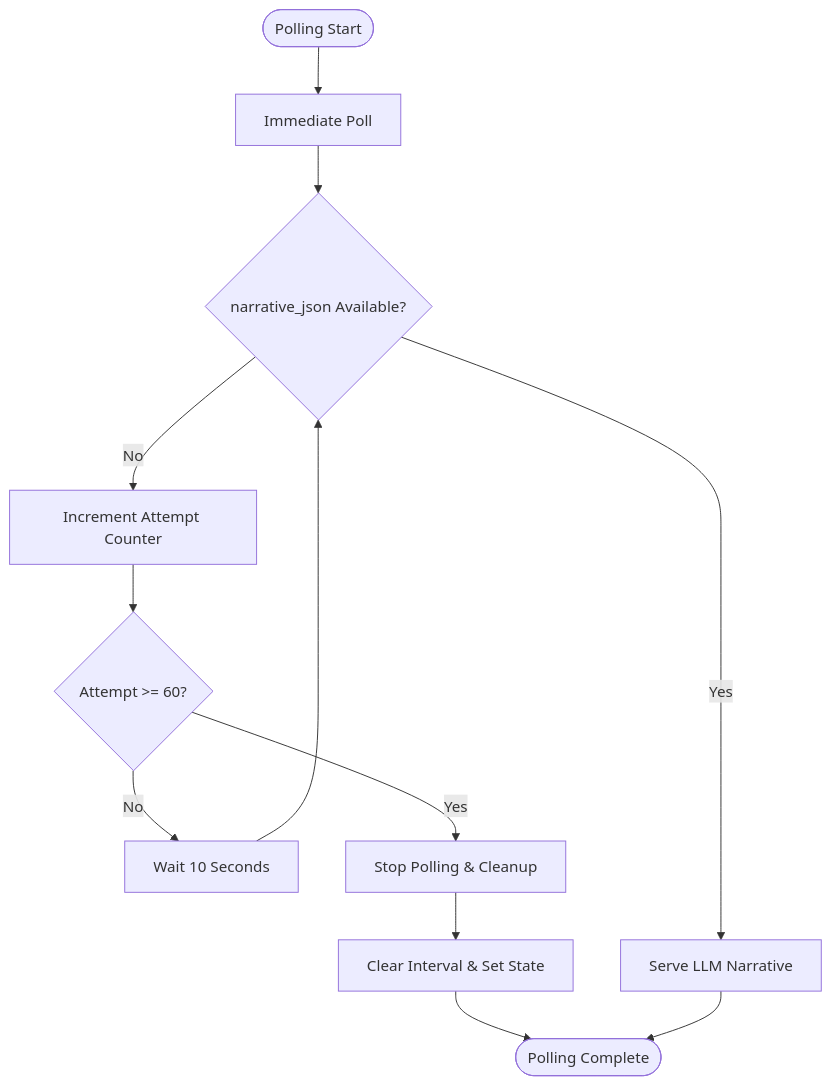
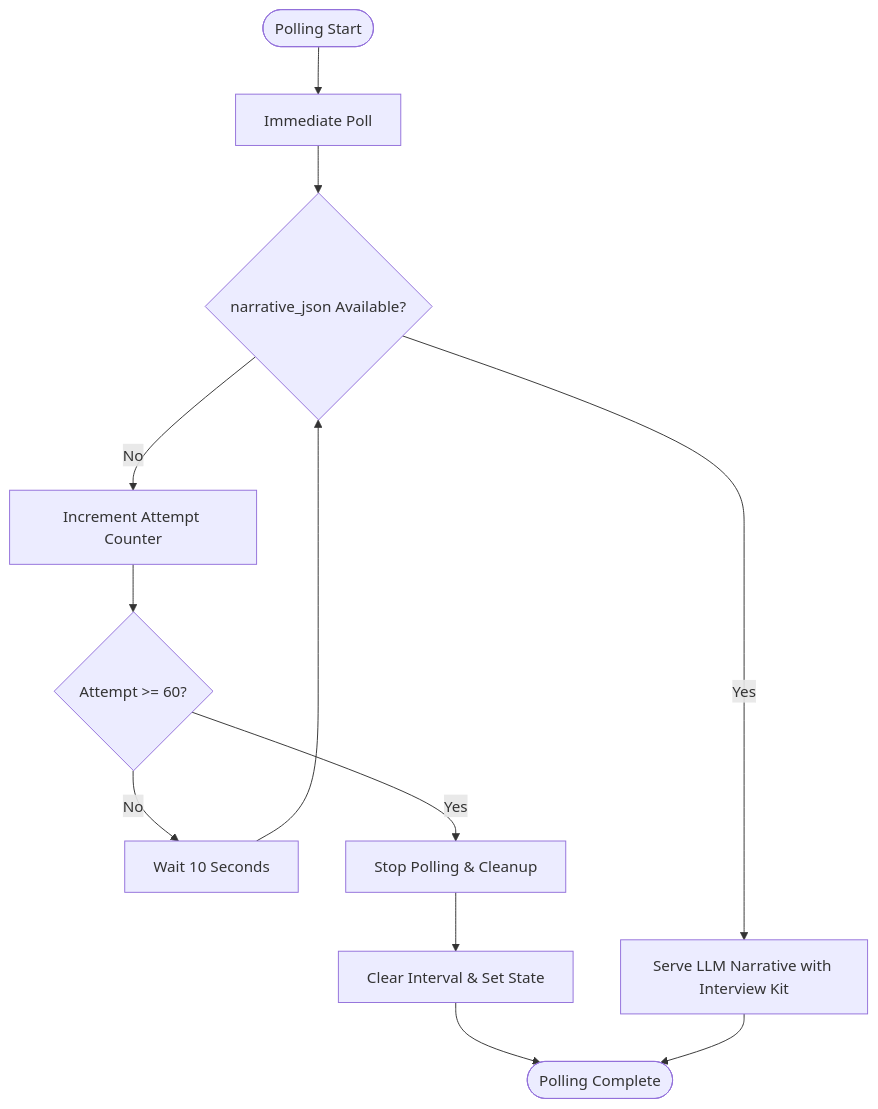
One commit to Revanththetalogics/aireume changed the ninth of 13 diagrams in .qoder/repowiki/en/content/Analysis Engine/Hybrid Pipeline Architecture.md. Above: the diagram before and after it, drawn with Mermaid. The commit also changed other lines of this file and 41 other files, not shown here.

````diff
--- a/.qoder/repowiki/en/content/Analysis Engine/Hybrid Pipeline Architecture.md
+++ b/.qoder/repowiki/en/content/Analysis Engine/Hybrid Pipeline Architecture.md
@@ -648,14 +965,14 @@
 ```mermaid
 flowchart TD
 Start(["Polling Start"]) --> Immediate["Immediate Poll"]
 Immediate --> Check{"narrative_json Available?"}
-Check --> |Yes| Success["Serve LLM Narrative"]
+Check --> |Yes| Success["Serve LLM Narrative with Interview Kit"]
 Check --> |No| Increment["Increment Attempt Counter"]
 Increment --> Limit{"Attempt >= 60?"}
 Limit --> |No| Delay["Wait 10 Seconds"]
 Delay --> Check
 Limit --> |Yes| Stop["Stop Polling & Cleanup"]
 Stop --> Cleanup["Clear Interval & Set State"]
 Cleanup --> End(["Polling Complete"])
 Success --> End
 ```
````
